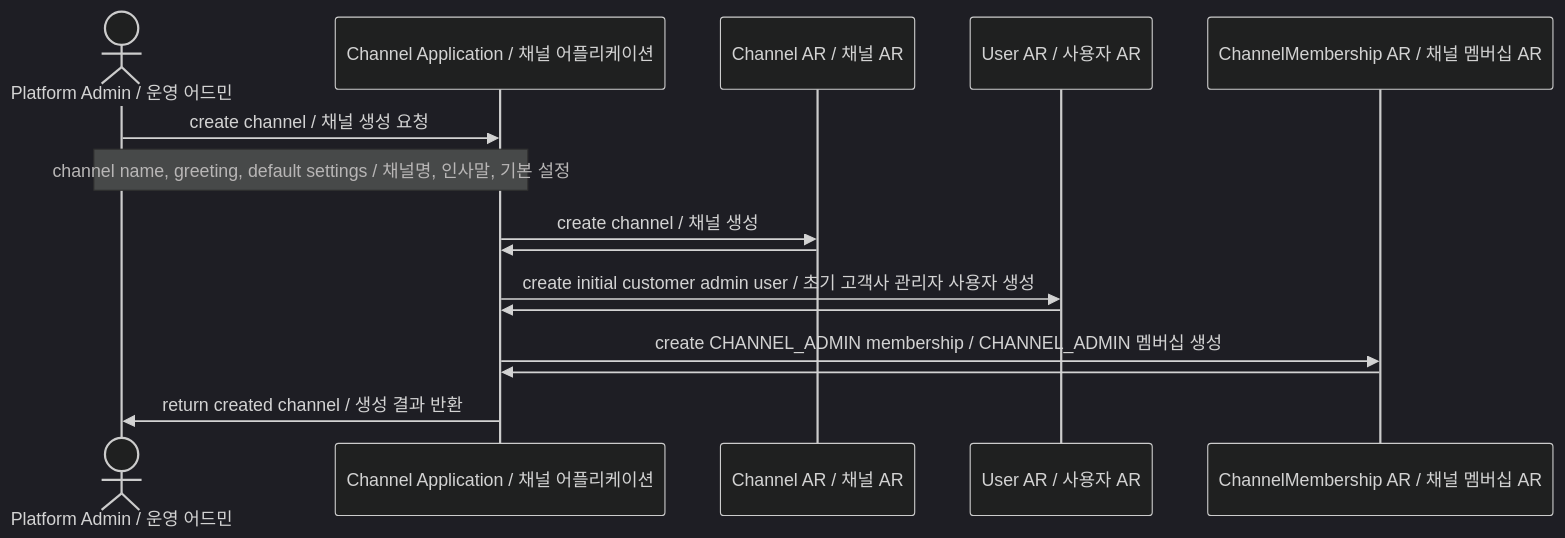
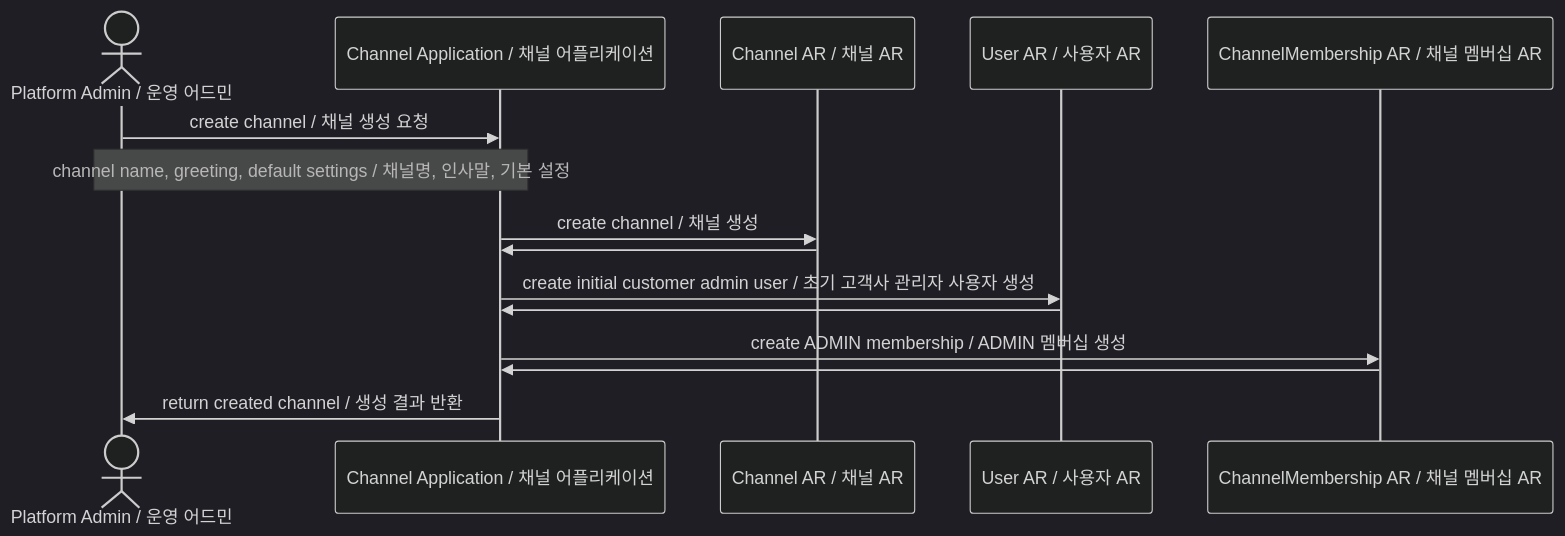
Before and after one commit to citron0137/exp-message: the first of 6 diagrams in 00-docs/03-admin/sequence-diagram.md, drawn with Mermaid (dark theme). The commit also changed other lines of this file and 2 other files, not shown here.

````diff
--- a/00-docs/03-admin/sequence-diagram.md
+++ b/00-docs/03-admin/sequence-diagram.md
@@ -22,22 +24,22 @@
 ```mermaid
 sequenceDiagram
     actor platform_admin as Platform Admin / 운영 어드민
     participant channel_app as Channel Application / 채널 어플리케이션
     participant channel as Channel AR / 채널 AR
     participant user as User AR / 사용자 AR
     participant membership as ChannelMembership AR / 채널 멤버십 AR
 
     platform_admin ->> channel_app: create channel / 채널 생성 요청
     note over platform_admin,channel_app: channel name, greeting, default settings / 채널명, 인사말, 기본 설정
 
     channel_app ->> channel: create channel / 채널 생성
     channel ->> channel_app:
 
     channel_app ->> user: create initial customer admin user / 초기 고객사 관리자 사용자 생성
     user ->> channel_app:
 
-    channel_app ->> membership: create CHANNEL_ADMIN membership / CHANNEL_ADMIN 멤버십 생성
+    channel_app ->> membership: create ADMIN membership / ADMIN 멤버십 생성
     membership ->> channel_app:
 
     channel_app ->> platform_admin: return created channel / 생성 결과 반환
 ```
````
